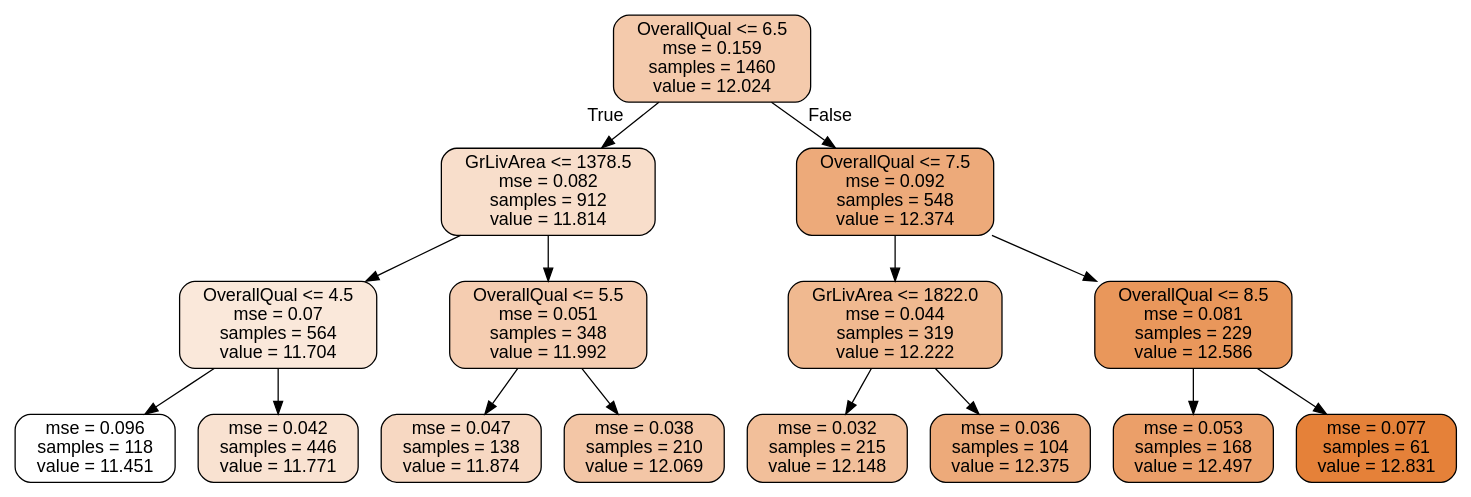
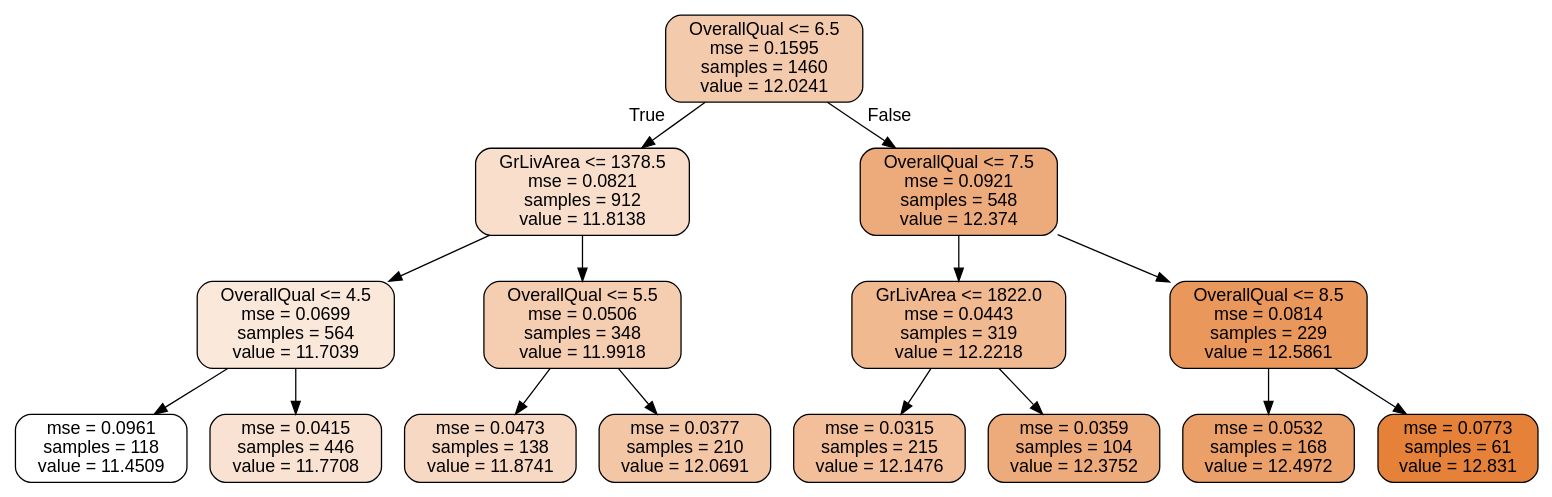
The diagram in mytree.dot (Jodahr/HousePrices), drawn with Graphviz before and after one commit. The commit also changed 4 other files, not shown here.

```diff
--- a/mytree.dot
+++ b/mytree.dot
@@ -1,33 +1,33 @@
 digraph Tree {
 node [shape=box, style="filled, rounded", color="black", fontname=helvetica] ;
 edge [fontname=helvetica] ;
-0 [label="OverallQual <= 6.5\nmse = 0.159\nsamples = 1460\nvalue = 12.024", fillcolor="#e581396a"] ;
-1 [label="GrLivArea <= 1378.5\nmse = 0.082\nsamples = 912\nvalue = 11.814", fillcolor="#e5813943"] ;
+0 [label="OverallQual <= 6.5\nmse = 0.1595\nsamples = 1460\nvalue = 12.0241", fillcolor="#e581396a"] ;
+1 [label="GrLivArea <= 1378.5\nmse = 0.0821\nsamples = 912\nvalue = 11.8138", fillcolor="#e5813943"] ;
 0 -> 1 [labeldistance=2.5, labelangle=45, headlabel="True"] ;
-2 [label="OverallQual <= 4.5\nmse = 0.07\nsamples = 564\nvalue = 11.704", fillcolor="#e581392f"] ;
+2 [label="OverallQual <= 4.5\nmse = 0.0699\nsamples = 564\nvalue = 11.7039", fillcolor="#e581392f"] ;
 1 -> 2 ;
-3 [label="mse = 0.096\nsamples = 118\nvalue = 11.451", fillcolor="#e5813900"] ;
+3 [label="mse = 0.0961\nsamples = 118\nvalue = 11.4509", fillcolor="#e5813900"] ;
 2 -> 3 ;
-4 [label="mse = 0.042\nsamples = 446\nvalue = 11.771", fillcolor="#e581393b"] ;
+4 [label="mse = 0.0415\nsamples = 446\nvalue = 11.7708", fillcolor="#e581393b"] ;
 2 -> 4 ;
-5 [label="OverallQual <= 5.5\nmse = 0.051\nsamples = 348\nvalue = 11.992", fillcolor="#e5813964"] ;
+5 [label="OverallQual <= 5.5\nmse = 0.0506\nsamples = 348\nvalue = 11.9918", fillcolor="#e5813964"] ;
 1 -> 5 ;
-6 [label="mse = 0.047\nsamples = 138\nvalue = 11.874", fillcolor="#e581394e"] ;
+6 [label="mse = 0.0473\nsamples = 138\nvalue = 11.8741", fillcolor="#e581394e"] ;
 5 -> 6 ;
-7 [label="mse = 0.038\nsamples = 210\nvalue = 12.069", fillcolor="#e5813972"] ;
+7 [label="mse = 0.0377\nsamples = 210\nvalue = 12.0691", fillcolor="#e5813972"] ;
 5 -> 7 ;
-8 [label="OverallQual <= 7.5\nmse = 0.092\nsamples = 548\nvalue = 12.374", fillcolor="#e58139ab"] ;
+8 [label="OverallQual <= 7.5\nmse = 0.0921\nsamples = 548\nvalue = 12.374", fillcolor="#e58139ab"] ;
 0 -> 8 [labeldistance=2.5, labelangle=-45, headlabel="False"] ;
-9 [label="GrLivArea <= 1822.0\nmse = 0.044\nsamples = 319\nvalue = 12.222", fillcolor="#e581398e"] ;
+9 [label="GrLivArea <= 1822.0\nmse = 0.0443\nsamples = 319\nvalue = 12.2218", fillcolor="#e581398e"] ;
 8 -> 9 ;
-10 [label="mse = 0.032\nsamples = 215\nvalue = 12.148", fillcolor="#e5813981"] ;
+10 [label="mse = 0.0315\nsamples = 215\nvalue = 12.1476", fillcolor="#e5813981"] ;
 9 -> 10 ;
-11 [label="mse = 0.036\nsamples = 104\nvalue = 12.375", fillcolor="#e58139ab"] ;
+11 [label="mse = 0.0359\nsamples = 104\nvalue = 12.3752", fillcolor="#e58139ab"] ;
 9 -> 11 ;
-12 [label="OverallQual <= 8.5\nmse = 0.081\nsamples = 229\nvalue = 12.586", fillcolor="#e58139d2"] ;
+12 [label="OverallQual <= 8.5\nmse = 0.0814\nsamples = 229\nvalue = 12.5861", fillcolor="#e58139d2"] ;
 8 -> 12 ;
-13 [label="mse = 0.053\nsamples = 168\nvalue = 12.497", fillcolor="#e58139c1"] ;
+13 [label="mse = 0.0532\nsamples = 168\nvalue = 12.4972", fillcolor="#e58139c1"] ;
 12 -> 13 ;
-14 [label="mse = 0.077\nsamples = 61\nvalue = 12.831", fillcolor="#e58139ff"] ;
+14 [label="mse = 0.0773\nsamples = 61\nvalue = 12.831", fillcolor="#e58139ff"] ;
 12 -> 14 ;
 }
```
